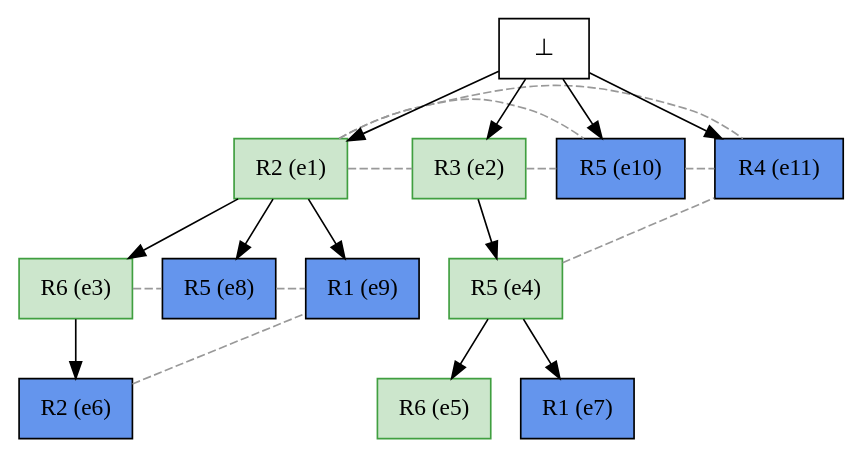
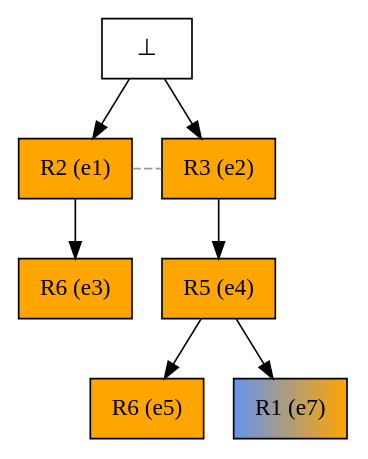
One commit to giannkas/ecofolder changed the diagram in examples/tasmanian_toymodel_paper/tasmanian_toymodel_paper_pr_unf.dot. Above: the diagram before and after it, drawn with Graphviz. The commit also changed 5 other files, not shown here.

```diff
--- a/examples/tasmanian_toymodel_paper/tasmanian_toymodel_paper_pr_unf.dot
+++ b/examples/tasmanian_toymodel_paper/tasmanian_toymodel_paper_pr_unf.dot
@@ -1,37 +1,19 @@
 digraph test {
   e1 -> e3;
   e2 -> e4;
   e4 -> e5;
-  e3 -> e6;
   e4 -> e7;
-  e1 -> e8;
-  e1 -> e9;
   e0 -> e1;
   e0 -> e2;
-  e0 -> e10;
-  e0 -> e11;
 
 //conflicts
   e1 -> e2 [arrowhead=none color=gray60 style=dashed constraint=false];
-  e1 -> e10 [arrowhead=none color=gray60 style=dashed constraint=false];
-  e1 -> e11 [arrowhead=none color=gray60 style=dashed constraint=false];
-  e2 -> e10 [arrowhead=none color=gray60 style=dashed constraint=false];
-  e3 -> e8 [arrowhead=none color=gray60 style=dashed constraint=false];
-  e4 -> e11 [arrowhead=none color=gray60 style=dashed constraint=false];
-  e6 -> e9 [arrowhead=none color=gray60 style=dashed constraint=false];
-  e8 -> e9 [arrowhead=none color=gray60 style=dashed constraint=false];
-  e10 -> e11 [arrowhead=none color=gray60 style=dashed constraint=false];
 
-  e1 [color="#409f40" fillcolor="#cce6cc:#cce6cc" label="R2 (e1)" shape=box style=filled];
-  e2 [color="#409f40" fillcolor="#cce6cc:#cce6cc" label="R3 (e2)" shape=box style=filled];
-  e3 [color="#409f40" fillcolor="#cce6cc:#cce6cc" label="R6 (e3)" shape=box style=filled];
-  e4 [color="#409f40" fillcolor="#cce6cc:#cce6cc" label="R5 (e4)" shape=box style=filled];
-  e5 [color="#409f40" fillcolor="#cce6cc:#cce6cc" label="R6 (e5)" shape=box style=filled];
-  e6 [color="black" fillcolor="cornflowerblue:cornflowerblue" label="R2 (e6)" shape=box style=filled];
-  e7 [color="black" fillcolor="cornflowerblue:cornflowerblue" label="R1 (e7)" shape=box style=filled];
-  e8 [color="black" fillcolor="cornflowerblue:cornflowerblue" label="R5 (e8)" shape=box style=filled];
-  e9 [color="black" fillcolor="cornflowerblue:cornflowerblue" label="R1 (e9)" shape=box style=filled];
-  e10 [color="black" fillcolor="cornflowerblue:cornflowerblue" label="R5 (e10)" shape=box style=filled];
-  e11 [color="black" fillcolor="cornflowerblue:cornflowerblue" label="R4 (e11)" shape=box style=filled];
+  e1 [color="black" fillcolor="orange:orange" label="R2 (e1)" shape=box style=filled];
+  e2 [color="black" fillcolor="orange:orange" label="R3 (e2)" shape=box style=filled];
+  e3 [color="black" fillcolor="orange:orange" label="R6 (e3)" shape=box style=filled];
+  e4 [color="black" fillcolor="orange:orange" label="R5 (e4)" shape=box style=filled];
+  e5 [color="black" fillcolor="orange:orange" label="R6 (e5)" shape=box style=filled];
+  e7 [color="black" fillcolor="cornflowerblue:orange" label="R1 (e7)" shape=box style=filled];
   e0 [fillcolor="white" label="⊥" shape=box style=filled];
 }
```
